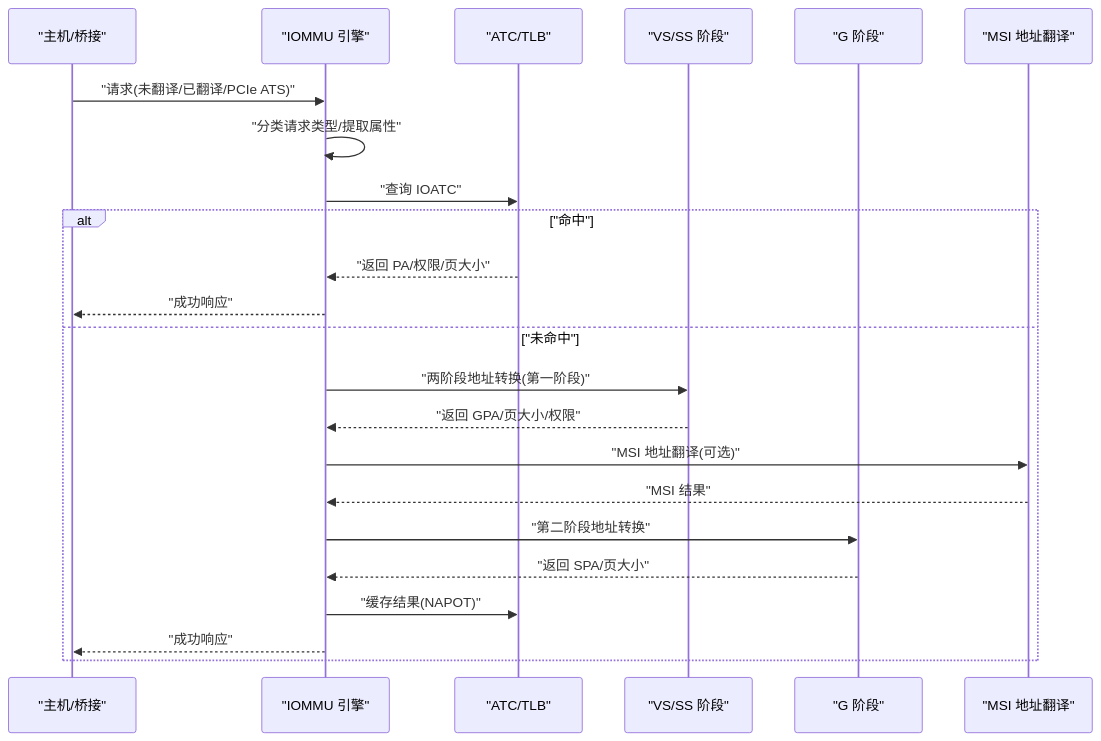
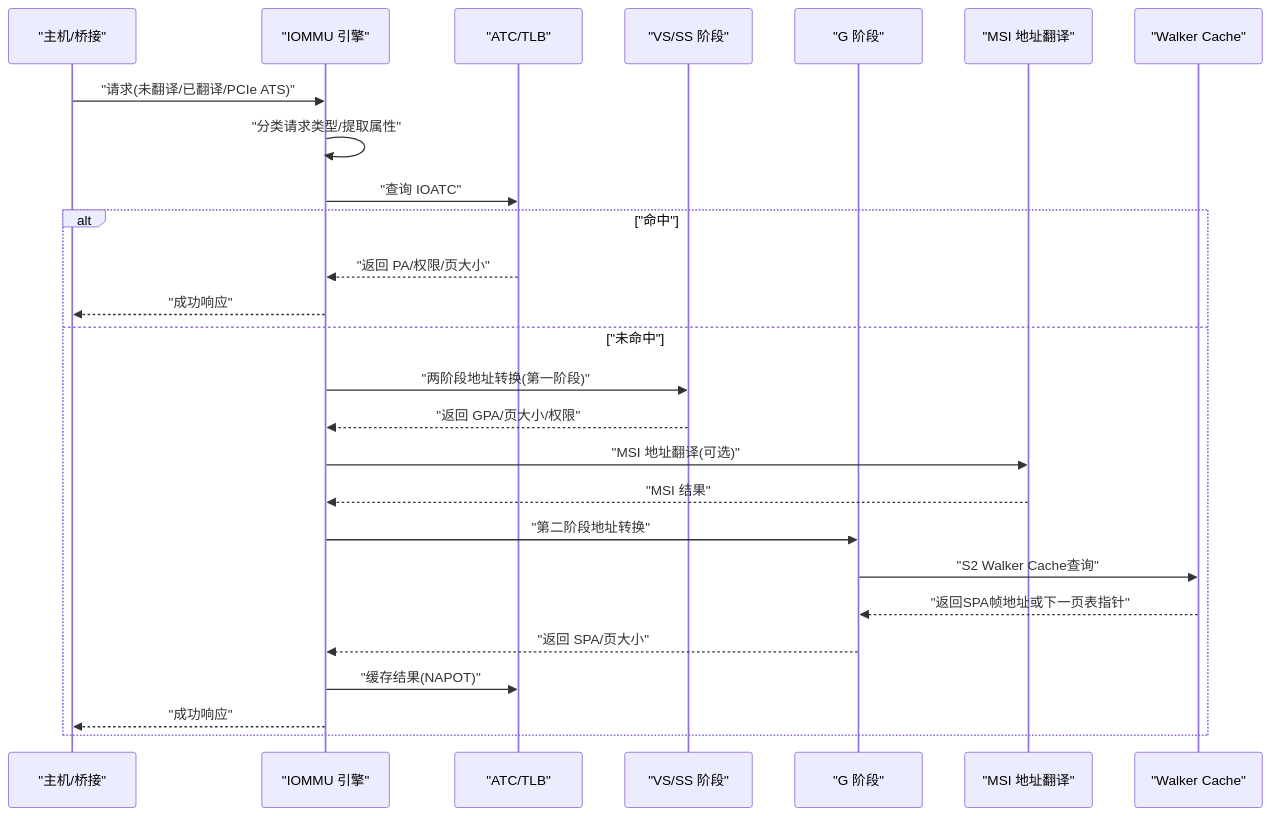
Before and after one commit to jiangjiang1122/iommu_model_20260401_v1: the second of 10 diagrams in .qoder/repowiki/zh/content/IOMMU核心功能/地址转换引擎.md, drawn with Mermaid. The commit also changed other lines of this file and 55 other files, not shown here.

````diff
--- a/.qoder/repowiki/zh/content/IOMMU核心功能/地址转换引擎.md
+++ b/.qoder/repowiki/zh/content/IOMMU核心功能/地址转换引擎.md
@@ -166,25 +174,28 @@
 ```mermaid
 sequenceDiagram
 participant HB as "主机/桥接"
 participant IOMMU as "IOMMU 引擎"
 participant ATC as "ATC/TLB"
 participant VS as "VS/SS 阶段"
 participant G as "G 阶段"
 participant MSI as "MSI 地址翻译"
+participant WALKER as "Walker Cache"
 HB->>IOMMU : "请求(未翻译/已翻译/PCIe ATS)"
 IOMMU->>IOMMU : "分类请求类型/提取属性"
 IOMMU->>ATC : "查询 IOATC"
 alt "命中"
 ATC-->>IOMMU : "返回 PA/权限/页大小"
 IOMMU-->>HB : "成功响应"
 else "未命中"
 IOMMU->>VS : "两阶段地址转换(第一阶段)"
 VS-->>IOMMU : "返回 GPA/页大小/权限"
 IOMMU->>MSI : "MSI 地址翻译(可选)"
 MSI-->>IOMMU : "MSI 结果"
 IOMMU->>G : "第二阶段地址转换"
+G->>WALKER : "S2 Walker Cache查询"
+WALKER-->>G : "返回SPA帧地址或下一页表指针"
 G-->>IOMMU : "返回 SPA/页大小"
 IOMMU->>ATC : "缓存结果(NAPOT)"
 IOMMU-->>HB : "成功响应"
 end
 ```
````
